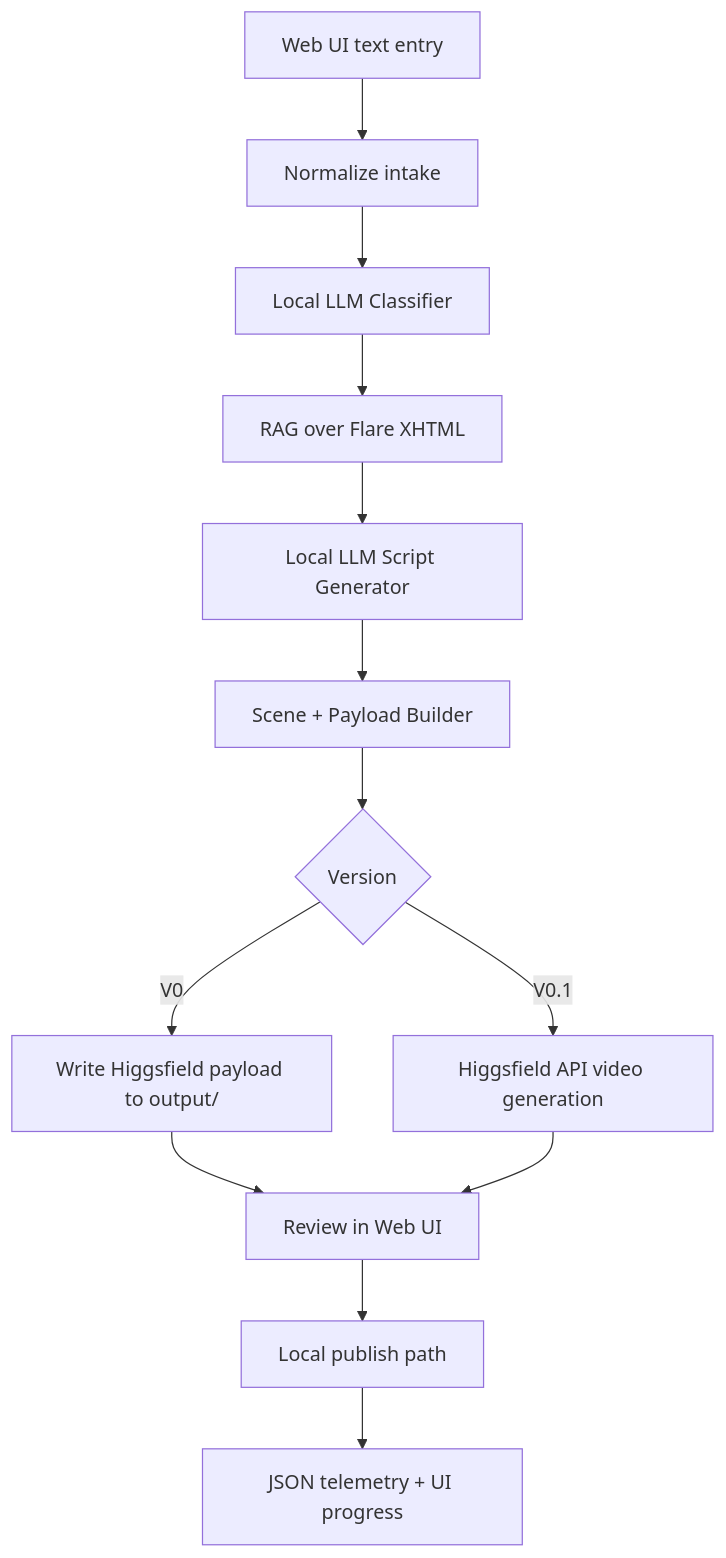
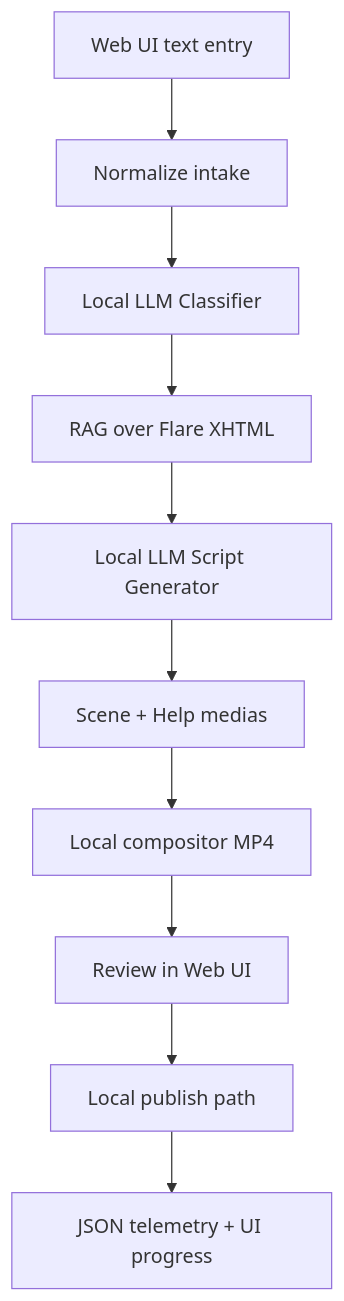
The diagram in pitch_deck.md (Ben408/SI-VidGen), drawn with Mermaid before and after one commit. The commit also changed other lines of this file and 15 other files, not shown here.

First line of the commit message:
Demo-harden local compositor with captions, voice controls, and video-ready UI.

````diff
--- a/pitch_deck.md
+++ b/pitch_deck.md
@@ -112,15 +114,12 @@
 ```mermaid
 flowchart TD
     A[Web UI text entry] --> B[Normalize intake]
     B --> C[Local LLM Classifier]
     C --> D[RAG over Flare XHTML]
     D --> E[Local LLM Script Generator]
-    E --> F[Scene + Payload Builder]
-    F --> G{Version}
-    G -->|V0| H[Write Higgsfield payload to output/]
-    G -->|V0.1| I[Higgsfield API video generation]
-    H --> J[Review in Web UI]
-    I --> J
+    E --> F[Scene + Help medias]
+    F --> G[Local compositor MP4]
+    G --> J[Review in Web UI]
     J --> K[Local publish path]
     K --> L[JSON telemetry + UI progress]
 ```
````
